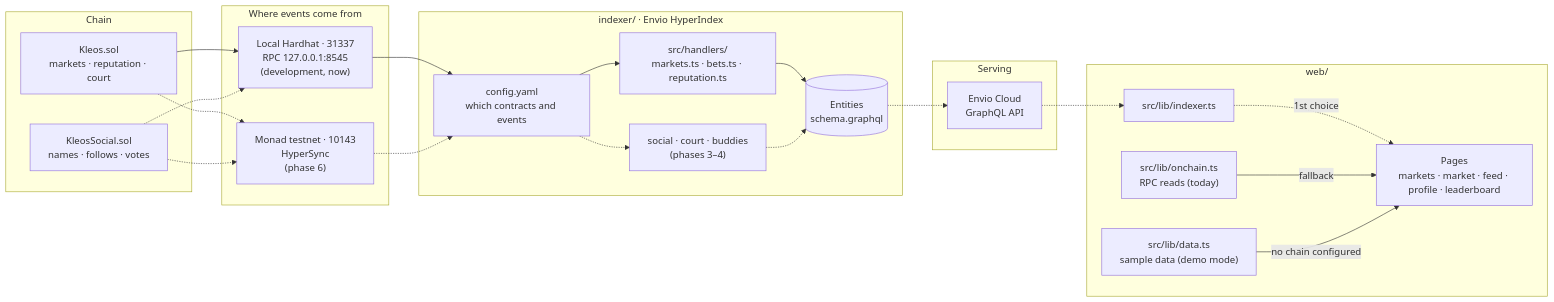
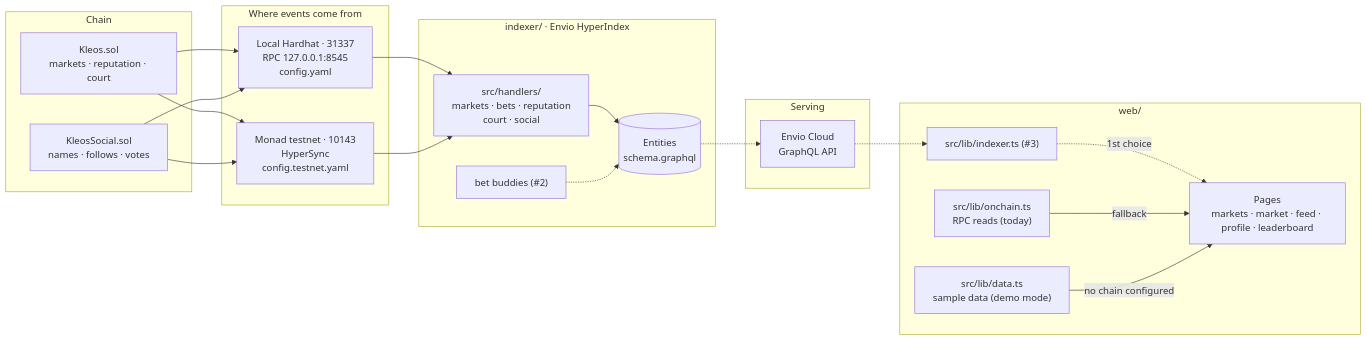
Before and after one commit to kleos-predictions/kleos: the first of 10 diagrams in indexer/ARCHITECTURE.md, drawn with Mermaid. The commit also changed other lines of this file and 6 other files, not shown here.

Commit message:
Indexer: voters get Trader rows, court checks on real events, free-plan deploy runbook

````diff
--- a/indexer/ARCHITECTURE.md
+++ b/indexer/ARCHITECTURE.md
@@ -7,43 +7,42 @@
 ```mermaid
 flowchart LR
   subgraph chain["Chain"]
     kleos["Kleos.sol<br/>markets · reputation · court"]
     social["KleosSocial.sol<br/>names · follows · votes"]
   end
 
   subgraph sources["Where events come from"]
-    local["Local Hardhat · 31337<br/>RPC 127.0.0.1:8545<br/>(development, now)"]
-    testnet["Monad testnet · 10143<br/>HyperSync<br/>(phase 6)"]
+    local["Local Hardhat · 31337<br/>RPC 127.0.0.1:8545<br/>config.yaml"]
+    testnet["Monad testnet · 10143<br/>HyperSync<br/>config.testnet.yaml"]
   end
 
   subgraph envio["indexer/ · Envio HyperIndex"]
-    config["config.yaml<br/>which contracts and events"]
-    handlers["src/handlers/<br/>markets.ts · bets.ts · reputation.ts"]
-    planned["social · court · buddies<br/>(phases 3–4)"]
+    handlers["src/handlers/<br/>markets · bets · reputation<br/>court · social"]
+    planned["bet buddies (#2)"]
     store[("Entities<br/>schema.graphql")]
   end
 
   subgraph serve["Serving"]
     cloud["Envio Cloud<br/>GraphQL API"]
   end
 
   subgraph web["web/"]
-    client["src/lib/indexer.ts"]
+    client["src/lib/indexer.ts (#3)"]
     onchain["src/lib/onchain.ts<br/>RPC reads (today)"]
     sample["src/lib/data.ts<br/>sample data (demo mode)"]
     pages["Pages<br/>markets · market · feed · profile · leaderboard"]
   end
 
   kleos --> local
-  kleos -.-> testnet
-  social -.-> local
-  social -.-> testnet
-  local --> config
-  testnet -.-> config
-  config --> handlers --> store
-  config -.-> planned -.-> store
+  kleos --> testnet
+  social --> local
+  social --> testnet
+  local --> handlers
+  testnet --> handlers
+  handlers --> store
+  planned -.-> store
   store -.-> cloud -.-> client
   client -.->|"1st choice"| pages
   onchain -->|"fallback"| pages
   sample -->|"no chain configured"| pages
 ```
````
